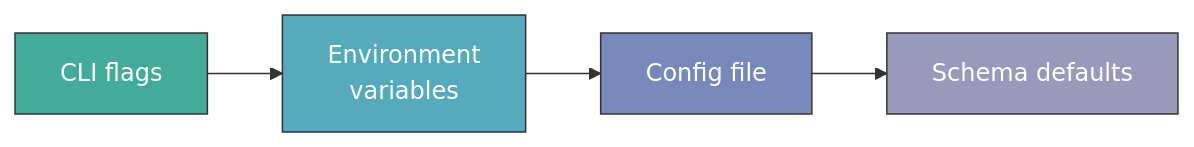
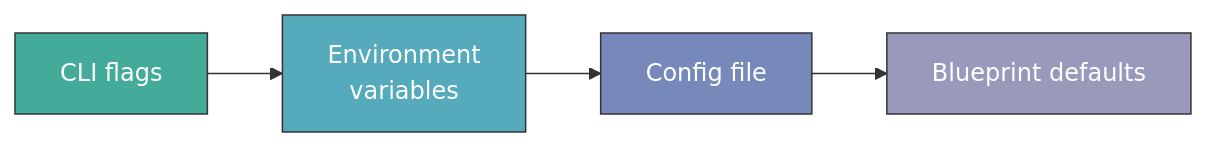
One commit to Yaming-Hub/knit changed the fifth of 6 diagrams in docs/design-cli.md. Above: the diagram before and after it, drawn with Mermaid. The commit also changed other lines of this file and 99 other files, not shown here.

First line of the commit message:
refactor: rename 'schema' to 'blueprint' throughout codebase (#235)

````diff
--- a/docs/design-cli.md
+++ b/docs/design-cli.md
@@ -564,11 +564,11 @@
 ```mermaid
 flowchart LR
     flags["CLI flags"] --> env["Environment\nvariables"]
     env --> config["Config file"]
-    config --> schema["Schema defaults"]
+    config --> blueprint["Blueprint defaults"]
 
     style flags fill:#4a9,stroke:#333,color:#fff
     style env fill:#5ab,stroke:#333,color:#fff
     style config fill:#78b,stroke:#333,color:#fff
-    style schema fill:#99b,stroke:#333,color:#fff
+    style blueprint fill:#99b,stroke:#333,color:#fff
 ```
````
